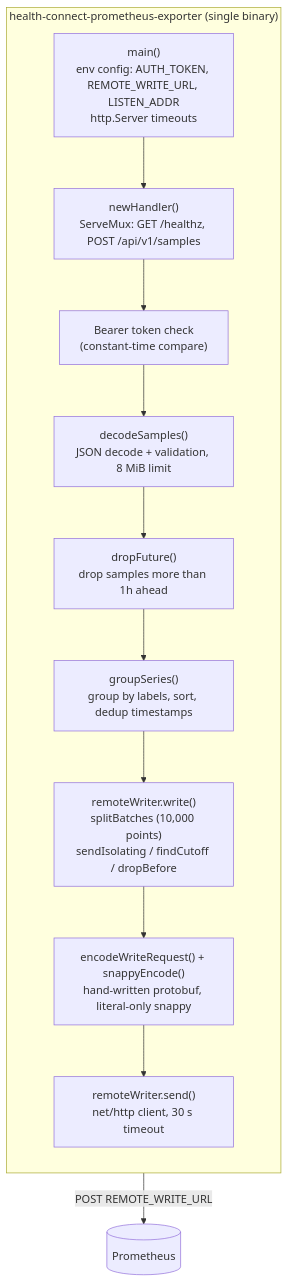
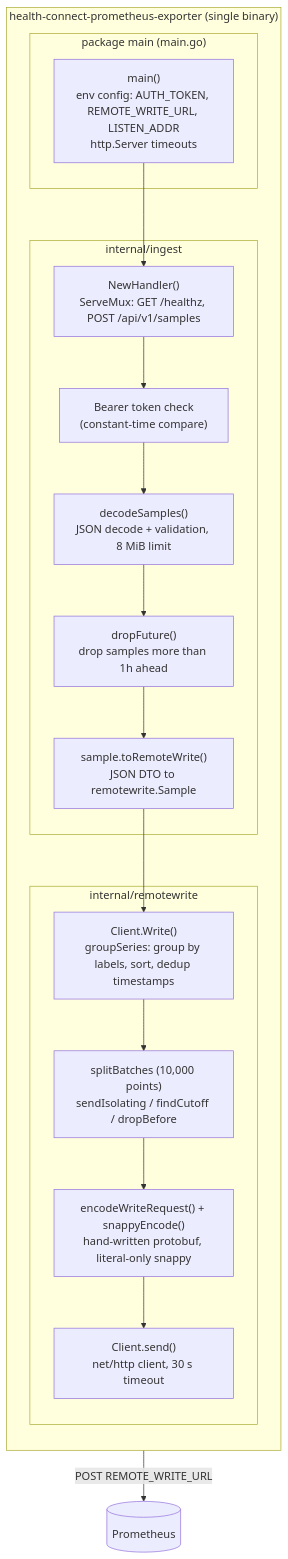
The second of 5 diagrams in docs/architecture.md (MateuxLucax/health-connect-prometheus-exporter), drawn with Mermaid before and after one commit. The commit also changed other lines of this file and 26 other files, not shown here.

First line of the commit message:
Move logic into internal/ingest and internal/remotewrite

````diff
--- a/docs/architecture.md
+++ b/docs/architecture.md
@@ -32,18 +34,25 @@
 ```mermaid
 flowchart TB
     subgraph exporter["health-connect-prometheus-exporter (single binary)"]
         direction TB
-        cfg["main()<br/>env config: AUTH_TOKEN, REMOTE_WRITE_URL, LISTEN_ADDR<br/>http.Server timeouts"]
-        mux["newHandler()<br/>ServeMux: GET /healthz, POST /api/v1/samples"]
-        auth["Bearer token check<br/>(constant-time compare)"]
-        dec["decodeSamples()<br/>JSON decode + validation, 8 MiB limit"]
-        fut["dropFuture()<br/>drop samples more than 1h ahead"]
-        grp["groupSeries()<br/>group by labels, sort, dedup timestamps"]
-        rw["remoteWriter.write()<br/>splitBatches (10,000 points)<br/>sendIsolating / findCutoff / dropBefore"]
-        enc["encodeWriteRequest() + snappyEncode()<br/>hand-written protobuf, literal-only snappy"]
-        send["remoteWriter.send()<br/>net/http client, 30 s timeout"]
-        cfg --> mux --> auth --> dec --> fut --> grp --> rw
+        subgraph main["package main (main.go)"]
+            cfg["main()<br/>env config: AUTH_TOKEN, REMOTE_WRITE_URL, LISTEN_ADDR<br/>http.Server timeouts"]
+        end
+        subgraph ingest["internal/ingest"]
+            mux["NewHandler()<br/>ServeMux: GET /healthz, POST /api/v1/samples"]
+            auth["Bearer token check<br/>(constant-time compare)"]
+            dec["decodeSamples()<br/>JSON decode + validation, 8 MiB limit"]
+            fut["dropFuture()<br/>drop samples more than 1h ahead"]
+            conv["sample.toRemoteWrite()<br/>JSON DTO to remotewrite.Sample"]
+        end
+        subgraph remotewrite["internal/remotewrite"]
+            write["Client.Write()<br/>groupSeries: group by labels, sort, dedup timestamps"]
+            rw["splitBatches (10,000 points)<br/>sendIsolating / findCutoff / dropBefore"]
+            enc["encodeWriteRequest() + snappyEncode()<br/>hand-written protobuf, literal-only snappy"]
+            send["Client.send()<br/>net/http client, 30 s timeout"]
+        end
+        cfg --> mux --> auth --> dec --> fut --> conv --> write --> rw
         rw --> enc --> send
     end
     send -->|"POST REMOTE_WRITE_URL"| prom[("Prometheus")]
 ```
````
